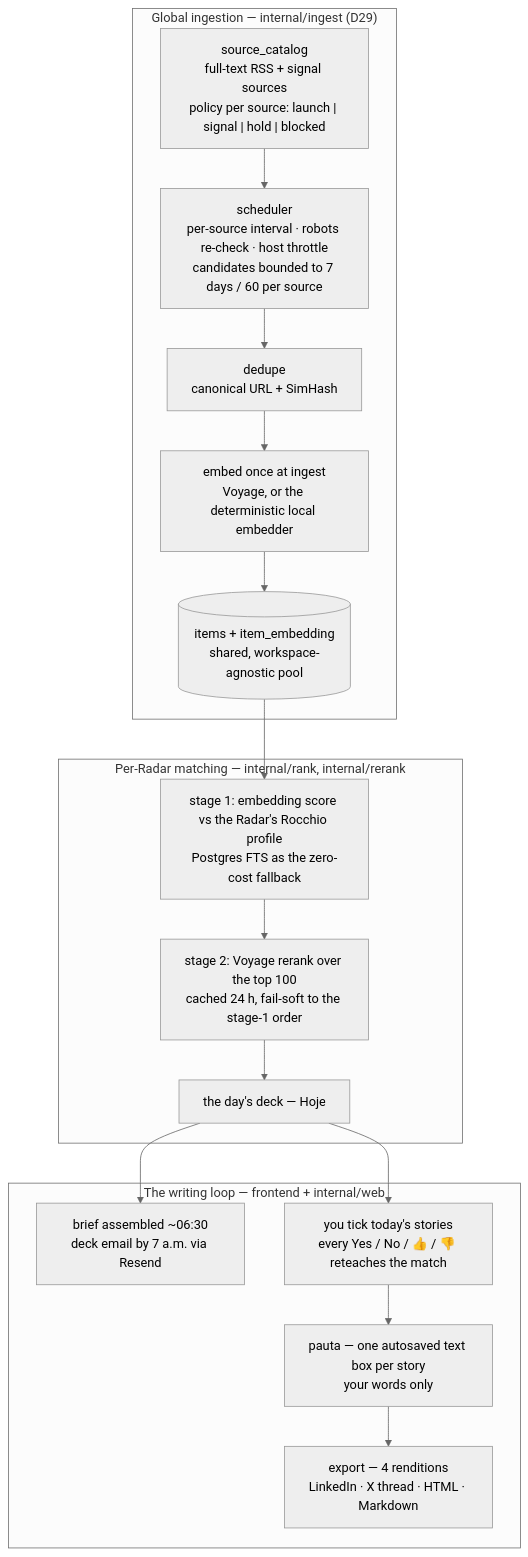
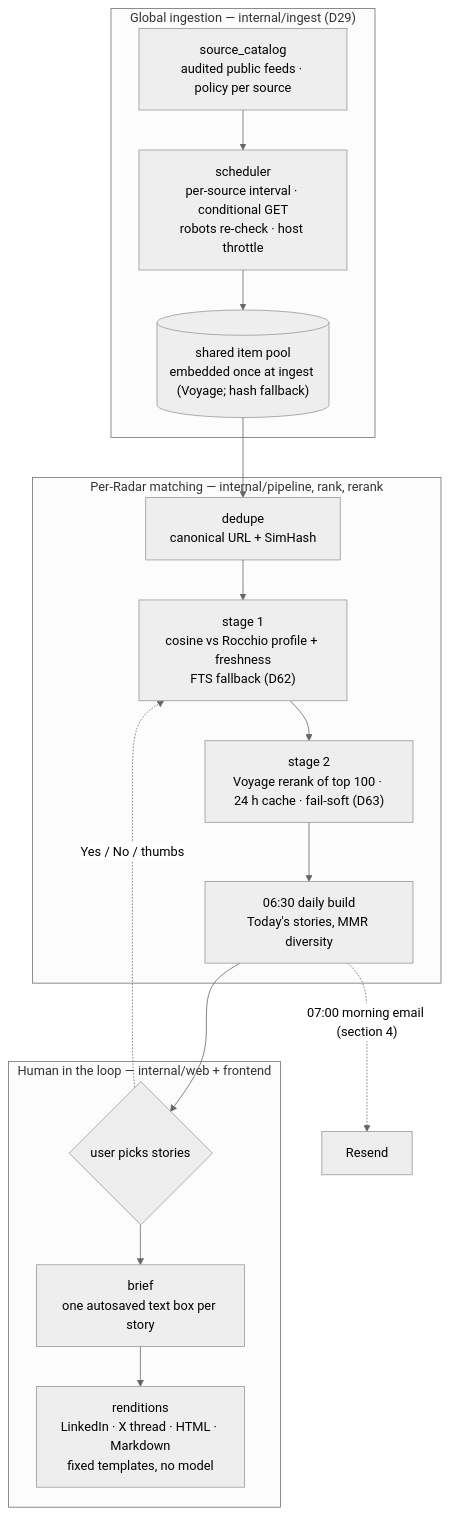
Before and after one commit to sthefanocordeiro/kloxus: the diagram in docs/architecture.md, drawn with Mermaid (neutral theme). The commit also changed other lines of this file, not shown here.

First line of the commit message:
KLOX-260: rewrite docs/architecture.md for the current pauta pipeline

````diff
--- a/docs/architecture.md
+++ b/docs/architecture.md
@@ -13,23 +13,20 @@
 ```mermaid
 flowchart TB
-    subgraph Global["Global ingestion — internal/ingest (D29)"]
-        CAT["source_catalog<br/>full-text RSS + signal sources<br/>policy per source: launch | signal | hold | blocked"]
-        CAT --> SCH["scheduler<br/>per-source interval · robots re-check · host throttle<br/>candidates bounded to 7 days / 60 per source"]
-        SCH --> DD["dedupe<br/>canonical URL + SimHash"]
-        DD --> EMB["embed once at ingest<br/>Voyage, or the deterministic local embedder"]
-        EMB --> POOL[("items + item_embedding<br/>shared, workspace-agnostic pool")]
+    subgraph Ingest["Global ingestion — internal/ingest (D29)"]
+        CAT["source_catalog<br/>audited public feeds · policy per source"] --> SCH["scheduler<br/>per-source interval · conditional GET<br/>robots re-check · host throttle"]
+        SCH --> POOL[("shared item pool<br/>embedded once at ingest (Voyage; hash fallback)")]
     end
-
-    subgraph Match["Per-Radar matching — internal/rank, internal/rerank"]
-        POOL --> S1["stage 1: embedding score vs the Radar's Rocchio profile<br/>Postgres FTS as the zero-cost fallback"]
-        S1 --> S2["stage 2: Voyage rerank over the top 100<br/>cached 24 h, fail-soft to the stage-1 order"]
-        S2 --> DECK["the day's deck — Hoje"]
+    subgraph Match["Per-Radar matching — internal/pipeline, rank, rerank"]
+        POOL --> DD["dedupe<br/>canonical URL + SimHash"]
+        DD --> S1["stage 1<br/>cosine vs Rocchio profile + freshness<br/>FTS fallback (D62)"]
+        S1 --> S2["stage 2<br/>Voyage rerank of top 100 · 24 h cache · fail-soft (D63)"]
+        S2 --> DAY["06:30 daily build<br/>Today's stories, MMR diversity"]
     end
-
-    subgraph Loop["The writing loop — frontend + internal/web"]
-        DECK --> MAIL["brief assembled ~06:30<br/>deck email by 7 a.m. via Resend"]
-        DECK --> PICK["you tick today's stories<br/>every Yes / No / 👍 / 👎 reteaches the match"]
-        PICK --> PAUTA["pauta — one autosaved text box per story<br/>your words only"]
-        PAUTA --> EXP["export — 4 renditions<br/>LinkedIn · X thread · HTML · Markdown"]
+    subgraph Human["Human in the loop — internal/web + frontend"]
+        DAY --> PICK{"user picks stories"}
+        PICK --> BRIEF["brief<br/>one autosaved text box per story"]
+        BRIEF --> REN["renditions<br/>LinkedIn · X thread · HTML · Markdown<br/>fixed templates, no model"]
     end
+    DAY -. "07:00 morning email (section 4)" .-> MAIL["Resend"]
+    PICK -. "Yes / No / thumbs" .-> S1
 ```
````
